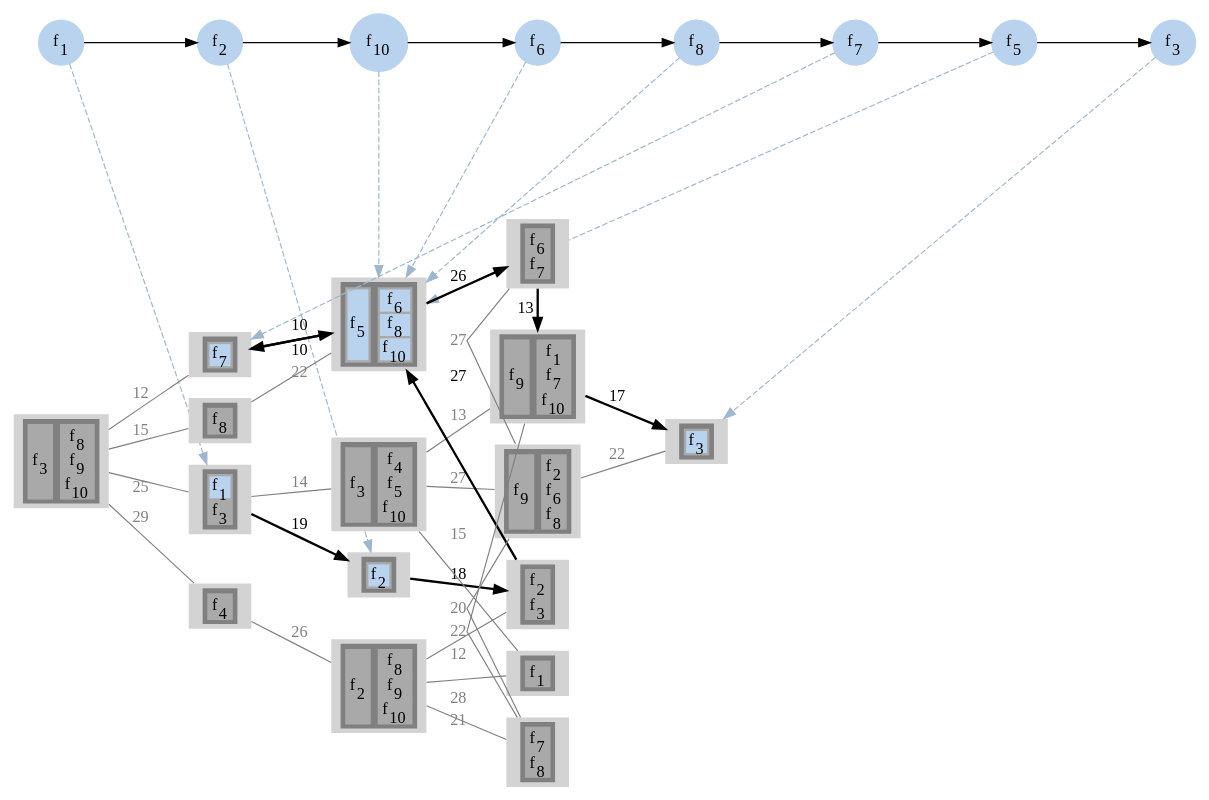
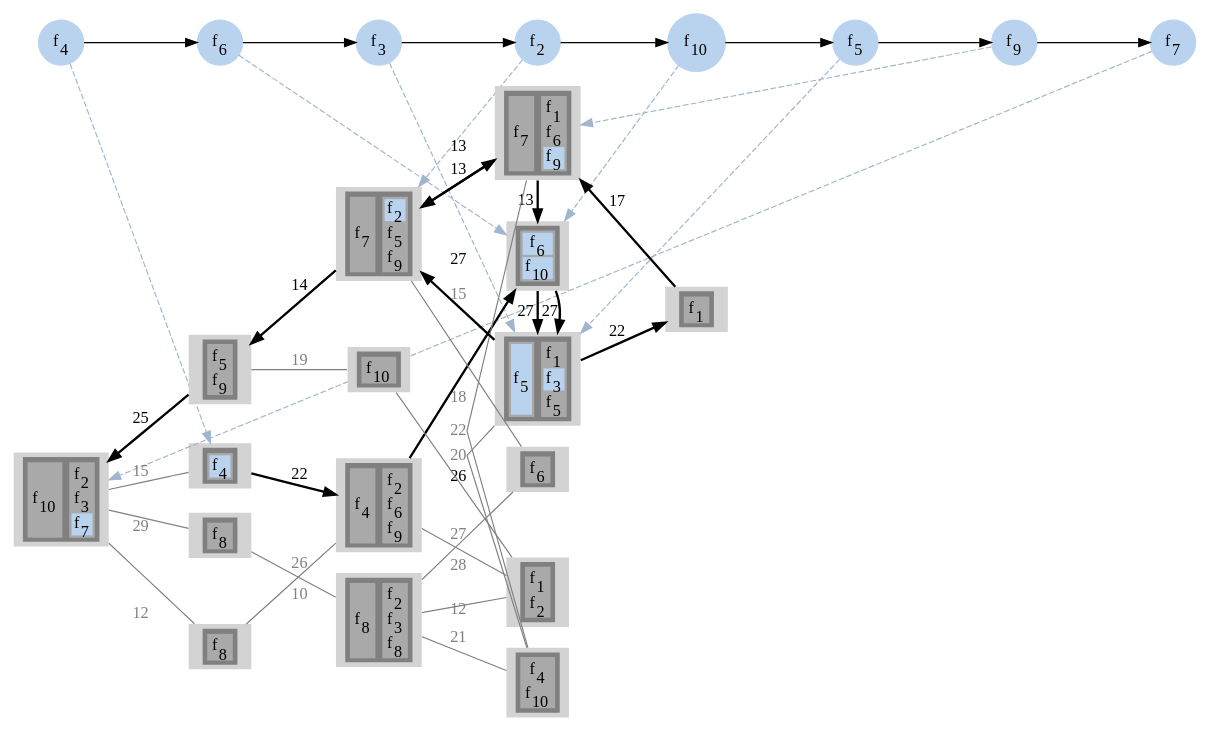
The diagram in output/sevenReliabilityOne/gv/sfcAssgn13.gv (prateekshyap/SFC_Placement_in_VNF), drawn with Graphviz before and after one commit. The commit also changed 27 other files, not shown here.

```diff
--- a/output/sevenReliabilityOne/gv/sfcAssgn13.gv
+++ b/output/sevenReliabilityOne/gv/sfcAssgn13.gv
@@ -5,29 +5,29 @@
 subgraph sfc
 {
 node [shape=circle]
-{rank = same; f1; };
+{rank = same; f4; };
+{rank = same; f6; };
+{rank = same; f3; };
 {rank = same; f2; };
 {rank = same; f10; };
-{rank = same; f6; };
-{rank = same; f8; };
+{rank = same; f5; };
+{rank = same; f9; };
 {rank = same; f7; };
-{rank = same; f5; };
-{rank = same; f3; };
-f1[style=filled label=<f<SUB>1</SUB>> color="slategray2"]
+f4[style=filled label=<f<SUB>4</SUB>> color="slategray2"]
+f6[style=filled label=<f<SUB>6</SUB>> color="slategray2"]
+f3[style=filled label=<f<SUB>3</SUB>> color="slategray2"]
 f2[style=filled label=<f<SUB>2</SUB>> color="slategray2"]
 f10[style=filled label=<f<SUB>10</SUB>> color="slategray2"]
-f6[style=filled label=<f<SUB>6</SUB>> color="slategray2"]
-f8[style=filled label=<f<SUB>8</SUB>> color="slategray2"]
+f5[style=filled label=<f<SUB>5</SUB>> color="slategray2"]
+f9[style=filled label=<f<SUB>9</SUB>> color="slategray2"]
 f7[style=filled label=<f<SUB>7</SUB>> color="slategray2"]
-f5[style=filled label=<f<SUB>5</SUB>> color="slategray2"]
-f3[style=filled label=<f<SUB>3</SUB>> color="slategray2"]
-f1 -> f2
+f4 -> f6
+f6 -> f3
+f3 -> f2
 f2 -> f10
-f10 -> f6
-f6 -> f8
-f8 -> f7
-f7 -> f5
-f5 -> f3
+f10 -> f5
+f5 -> f9
+f9 -> f7
 }
 subgraph network
 {
@@ -37,14 +37,292 @@
 {rank = same; 4; 6; 7; 9; };
 {rank = same; 5; 11; 10; 14; 12; 13; };
 {rank = same; 16; };
+15[style=filled
+label=<
+<TABLE BORDER="0" BGCOLOR="gray">
+<TR>
+<TD>
+<TABLE BORDER="0" BGCOLOR="darkgray">
+<TR><TD PORT="f14" BGCOLOR="slategray2">f<SUB>4</SUB></TD></TR>
+</TABLE>
+</TD>
+</TR>
+</TABLE>>]
+
+11[style=filled
+label=<
+<TABLE BORDER="0" BGCOLOR="gray">
+<TR>
+<TD>
+<TABLE BORDER="0" BGCOLOR="darkgray">
+<TR><TD PORT="f23" BGCOLOR="slategray2">f<SUB>6</SUB></TD></TR>
+<TR><TD PORT="f38" BGCOLOR="slategray2">f<SUB>10</SUB></TD></TR>
+</TABLE>
+</TD>
+</TR>
+</TABLE>>]
+
+11[style=filled
+label=<
+<TABLE BORDER="0" BGCOLOR="gray">
+<TR>
+<TD>
+<TABLE BORDER="0" BGCOLOR="darkgray">
+<TR><TD PORT="f23" BGCOLOR="slategray2">f<SUB>6</SUB></TD></TR>
+<TR><TD PORT="f38" BGCOLOR="slategray2">f<SUB>10</SUB></TD></TR>
+</TABLE>
+</TD>
+</TR>
+</TABLE>>]
+
+13[style=filled
+label=<
+<TABLE BORDER="0" BGCOLOR="gray">
+<TR>
+<TD>
+<TABLE BORDER="0" BGCOLOR="darkgray">
+<TR><TD PORT="f18" BGCOLOR="slategray2">f<SUB>5</SUB></TD></TR>
+</TABLE>
+</TD>
+<TD>
+<TABLE BORDER="0" BGCOLOR="darkgray">
+<TR><TD PORT="f3" BGCOLOR="darkgray">f<SUB>1</SUB></TD></TR>
+<TR><TD PORT="f12" BGCOLOR="slategray2">f<SUB>3</SUB></TD></TR>
+<TR><TD PORT="f19" BGCOLOR="darkgray">f<SUB>5</SUB></TD></TR>
+</TABLE>
+</TD>
+</TR>
+</TABLE>>]
+
+13[style=filled
+label=<
+<TABLE BORDER="0" BGCOLOR="gray">
+<TR>
+<TD>
+<TABLE BORDER="0" BGCOLOR="darkgray">
+<TR><TD PORT="f18" BGCOLOR="slategray2">f<SUB>5</SUB></TD></TR>
+</TABLE>
+</TD>
+<TD>
+<TABLE BORDER="0" BGCOLOR="darkgray">
+<TR><TD PORT="f3" BGCOLOR="darkgray">f<SUB>1</SUB></TD></TR>
+<TR><TD PORT="f12" BGCOLOR="slategray2">f<SUB>3</SUB></TD></TR>
+<TR><TD PORT="f19" BGCOLOR="darkgray">f<SUB>5</SUB></TD></TR>
+</TABLE>
+</TD>
+</TR>
+</TABLE>>]
+
+9[style=filled
+label=<
+<TABLE BORDER="0" BGCOLOR="gray">
+<TR>
+<TD>
+<TABLE BORDER="0" BGCOLOR="darkgray">
+<TR><TD PORT="f24" BGCOLOR="darkgray">f<SUB>7</SUB></TD></TR>
+</TABLE>
+</TD>
+<TD>
+<TABLE BORDER="0" BGCOLOR="darkgray">
+<TR><TD PORT="f6" BGCOLOR="slategray2">f<SUB>2</SUB></TD></TR>
+<TR><TD PORT="f16" BGCOLOR="darkgray">f<SUB>5</SUB></TD></TR>
+<TR><TD PORT="f32" BGCOLOR="darkgray">f<SUB>9</SUB></TD></TR>
+</TABLE>
+</TD>
+</TR>
+</TABLE>>]
+
+9[style=filled
+label=<
+<TABLE BORDER="0" BGCOLOR="gray">
+<TR>
+<TD>
+<TABLE BORDER="0" BGCOLOR="darkgray">
+<TR><TD PORT="f24" BGCOLOR="darkgray">f<SUB>7</SUB></TD></TR>
+</TABLE>
+</TD>
+<TD>
+<TABLE BORDER="0" BGCOLOR="darkgray">
+<TR><TD PORT="f6" BGCOLOR="slategray2">f<SUB>2</SUB></TD></TR>
+<TR><TD PORT="f16" BGCOLOR="darkgray">f<SUB>5</SUB></TD></TR>
+<TR><TD PORT="f32" BGCOLOR="darkgray">f<SUB>9</SUB></TD></TR>
+</TABLE>
+</TD>
+</TR>
+</TABLE>>]
+
+11[style=filled
+label=<
+<TABLE BORDER="0" BGCOLOR="gray">
+<TR>
+<TD>
+<TABLE BORDER="0" BGCOLOR="darkgray">
+<TR><TD PORT="f23" BGCOLOR="slategray2">f<SUB>6</SUB></TD></TR>
+<TR><TD PORT="f38" BGCOLOR="slategray2">f<SUB>10</SUB></TD></TR>
+</TABLE>
+</TD>
+</TR>
+</TABLE>>]
+
+13[style=filled
+label=<
+<TABLE BORDER="0" BGCOLOR="gray">
+<TR>
+<TD>
+<TABLE BORDER="0" BGCOLOR="darkgray">
+<TR><TD PORT="f18" BGCOLOR="slategray2">f<SUB>5</SUB></TD></TR>
+</TABLE>
+</TD>
+<TD>
+<TABLE BORDER="0" BGCOLOR="darkgray">
+<TR><TD PORT="f3" BGCOLOR="darkgray">f<SUB>1</SUB></TD></TR>
+<TR><TD PORT="f12" BGCOLOR="slategray2">f<SUB>3</SUB></TD></TR>
+<TR><TD PORT="f19" BGCOLOR="darkgray">f<SUB>5</SUB></TD></TR>
+</TABLE>
+</TD>
+</TR>
+</TABLE>>]
+
+12[style=filled
+label=<
+<TABLE BORDER="0" BGCOLOR="gray">
+<TR>
+<TD>
+<TABLE BORDER="0" BGCOLOR="darkgray">
+<TR><TD PORT="f25" BGCOLOR="darkgray">f<SUB>7</SUB></TD></TR>
+</TABLE>
+</TD>
+<TD>
+<TABLE BORDER="0" BGCOLOR="darkgray">
+<TR><TD PORT="f2" BGCOLOR="darkgray">f<SUB>1</SUB></TD></TR>
+<TR><TD PORT="f22" BGCOLOR="darkgray">f<SUB>6</SUB></TD></TR>
+<TR><TD PORT="f33" BGCOLOR="slategray2">f<SUB>9</SUB></TD></TR>
+</TABLE>
+</TD>
+</TR>
+</TABLE>>]
+
+12[style=filled
+label=<
+<TABLE BORDER="0" BGCOLOR="gray">
+<TR>
+<TD>
+<TABLE BORDER="0" BGCOLOR="darkgray">
+<TR><TD PORT="f25" BGCOLOR="darkgray">f<SUB>7</SUB></TD></TR>
+</TABLE>
+</TD>
+<TD>
+<TABLE BORDER="0" BGCOLOR="darkgray">
+<TR><TD PORT="f2" BGCOLOR="darkgray">f<SUB>1</SUB></TD></TR>
+<TR><TD PORT="f22" BGCOLOR="darkgray">f<SUB>6</SUB></TD></TR>
+<TR><TD PORT="f33" BGCOLOR="slategray2">f<SUB>9</SUB></TD></TR>
+</TABLE>
+</TD>
+</TR>
+</TABLE>>]
+
+1[style=filled
+label=<
+<TABLE BORDER="0" BGCOLOR="gray">
+<TR>
+<TD>
+<TABLE BORDER="0" BGCOLOR="darkgray">
+<TR><TD PORT="f35" BGCOLOR="darkgray">f<SUB>10</SUB></TD></TR>
+</TABLE>
+</TD>
+<TD>
+<TABLE BORDER="0" BGCOLOR="darkgray">
+<TR><TD PORT="f7" BGCOLOR="darkgray">f<SUB>2</SUB></TD></TR>
+<TR><TD PORT="f11" BGCOLOR="darkgray">f<SUB>3</SUB></TD></TR>
+<TR><TD PORT="f26" BGCOLOR="slategray2">f<SUB>7</SUB></TD></TR>
+</TABLE>
+</TD>
+</TR>
+</TABLE>>]
+
+2[style=filled
+label=<
+<TABLE BORDER="0" BGCOLOR="gray">
+<TR>
+<TD>
+<TABLE BORDER="0" BGCOLOR="darkgray">
+<TR><TD PORT="f28" BGCOLOR="darkgray">f<SUB>8</SUB></TD></TR>
+</TABLE>
+</TD>
+</TR>
+</TABLE>>]
+
+3[style=filled
+label=<
+<TABLE BORDER="0" BGCOLOR="gray">
+<TR>
+<TD>
+<TABLE BORDER="0" BGCOLOR="darkgray">
+<TR><TD PORT="f29" BGCOLOR="darkgray">f<SUB>8</SUB></TD></TR>
+</TABLE>
+</TD>
+</TR>
+</TABLE>>]
+
 8[style=filled
 label=<
 <TABLE BORDER="0" BGCOLOR="gray">
 <TR>
 <TD>
 <TABLE BORDER="0" BGCOLOR="darkgray">
-<TR><TD PORT="f3" BGCOLOR="slategray2">f<SUB>1</SUB></TD></TR>
-<TR><TD PORT="f11" BGCOLOR="darkgray">f<SUB>3</SUB></TD></TR>
+<TR><TD PORT="f17" BGCOLOR="darkgray">f<SUB>5</SUB></TD></TR>
+<TR><TD PORT="f34" BGCOLOR="darkgray">f<SUB>9</SUB></TD></TR>
+</TABLE>
+</TD>
+</TR>
+</TABLE>>]
+
+4[style=filled
+label=<
+<TABLE BORDER="0" BGCOLOR="gray">
+<TR>
+<TD>
+<TABLE BORDER="0" BGCOLOR="darkgray">
+<TR><TD PORT="f15" BGCOLOR="darkgray">f<SUB>4</SUB></TD></TR>
+</TABLE>
+</TD>
+<TD>
+<TABLE BORDER="0" BGCOLOR="darkgray">
+<TR><TD PORT="f8" BGCOLOR="darkgray">f<SUB>2</SUB></TD></TR>
+<TR><TD PORT="f21" BGCOLOR="darkgray">f<SUB>6</SUB></TD></TR>
+<TR><TD PORT="f31" BGCOLOR="darkgray">f<SUB>9</SUB></TD></TR>
+</TABLE>
+</TD>
+</TR>
+</TABLE>>]
+
+6[style=filled
+label=<
+<TABLE BORDER="0" BGCOLOR="gray">
+<TR>
+<TD>
+<TABLE BORDER="0" BGCOLOR="darkgray">
+<TR><TD PORT="f27" BGCOLOR="darkgray">f<SUB>8</SUB></TD></TR>
+</TABLE>
+</TD>
+<TD>
+<TABLE BORDER="0" BGCOLOR="darkgray">
+<TR><TD PORT="f9" BGCOLOR="darkgray">f<SUB>2</SUB></TD></TR>
+<TR><TD PORT="f10" BGCOLOR="darkgray">f<SUB>3</SUB></TD></TR>
+<TR><TD PORT="f30" BGCOLOR="darkgray">f<SUB>8</SUB></TD></TR>
+</TABLE>
+</TD>
+</TR>
+</TABLE>>]
+
+5[style=filled
+label=<
+<TABLE BORDER="0" BGCOLOR="gray">
+<TR>
+<TD>
+<TABLE BORDER="0" BGCOLOR="darkgray">
+<TR><TD PORT="f1" BGCOLOR="darkgray">f<SUB>1</SUB></TD></TR>
+<TR><TD PORT="f5" BGCOLOR="darkgray">f<SUB>2</SUB></TD></TR>
 </TABLE>
 </TD>
 </TR>
@@ -56,138 +334,32 @@
 <TR>
 <TD>
 <TABLE BORDER="0" BGCOLOR="darkgray">
-<TR><TD PORT="f7" BGCOLOR="slategray2">f<SUB>2</SUB></TD></TR>
+<TR><TD PORT="f37" BGCOLOR="darkgray">f<SUB>10</SUB></TD></TR>
 </TABLE>
 </TD>
 </TR>
 </TABLE>>]
 
-7[style=filled
+10[style=filled
 label=<
 <TABLE BORDER="0" BGCOLOR="gray">
 <TR>
 <TD>
 <TABLE BORDER="0" BGCOLOR="darkgray">
-<TR><TD PORT="f7" BGCOLOR="slategray2">f<SUB>2</SUB></TD></TR>
+<TR><TD PORT="f20" BGCOLOR="darkgray">f<SUB>6</SUB></TD></TR>
 </TABLE>
 </TD>
 </TR>
 </TABLE>>]
 
-4[style=filled
+14[style=filled
 label=<
 <TABLE BORDER="0" BGCOLOR="gray">
 <TR>
 <TD>
 <TABLE BORDER="0" BGCOLOR="darkgray">
-<TR><TD PORT="f16" BGCOLOR="slategray2">f<SUB>5</SUB></TD></TR>
-</TABLE>
-</TD>
-<TD>
-<TABLE BORDER="0" BGCOLOR="darkgray">
-<TR><TD PORT="f19" BGCOLOR="slategray2">f<SUB>6</SUB></TD></TR>
-<TR><TD PORT="f26" BGCOLOR="slategray2">f<SUB>8</SUB></TD></TR>
-<TR><TD PORT="f38" BGCOLOR="slategray2">f<SUB>10</SUB></TD></TR>
-</TABLE>
-</TD>
-</TR>
-</TABLE>>]
-
-4[style=filled
-label=<
-<TABLE BORDER="0" BGCOLOR="gray">
-<TR>
-<TD>
-<TABLE BORDER="0" BGCOLOR="darkgray">
-<TR><TD PORT="f16" BGCOLOR="slategray2">f<SUB>5</SUB></TD></TR>
-</TABLE>
-</TD>
-<TD>
-<TABLE BORDER="0" BGCOLOR="darkgray">
-<TR><TD PORT="f19" BGCOLOR="slategray2">f<SUB>6</SUB></TD></TR>
-<TR><TD PORT="f26" BGCOLOR="slategray2">f<SUB>8</SUB></TD></TR>
-<TR><TD PORT="f38" BGCOLOR="slategray2">f<SUB>10</SUB></TD></TR>
-</TABLE>
-</TD>
-</TR>
-</TABLE>>]
-
-4[style=filled
-label=<
-<TABLE BORDER="0" BGCOLOR="gray">
-<TR>
-<TD>
-<TABLE BORDER="0" BGCOLOR="darkgray">
-<TR><TD PORT="f16" BGCOLOR="slategray2">f<SUB>5</SUB></TD></TR>
-</TABLE>
-</TD>
-<TD>
-<TABLE BORDER="0" BGCOLOR="darkgray">
-<TR><TD PORT="f19" BGCOLOR="slategray2">f<SUB>6</SUB></TD></TR>
-<TR><TD PORT="f26" BGCOLOR="slategray2">f<SUB>8</SUB></TD></TR>
-<TR><TD PORT="f38" BGCOLOR="slategray2">f<SUB>10</SUB></TD></TR>
-</TABLE>
-</TD>
-</TR>
-</TABLE>>]
-
-4[style=filled
-label=<
-<TABLE BORDER="0" BGCOLOR="gray">
-<TR>
-<TD>
-<TABLE BORDER="0" BGCOLOR="darkgray">
-<TR><TD PORT="f16" BGCOLOR="slategray2">f<SUB>5</SUB></TD></TR>
-</TABLE>
-</TD>
-<TD>
-<TABLE BORDER="0" BGCOLOR="darkgray">
-<TR><TD PORT="f19" BGCOLOR="slategray2">f<SUB>6</SUB></TD></TR>
-<TR><TD PORT="f26" BGCOLOR="slategray2">f<SUB>8</SUB></TD></TR>
-<TR><TD PORT="f38" BGCOLOR="slategray2">f<SUB>10</SUB></TD></TR>
-</TABLE>
-</TD>
-</TR>
-</TABLE>>]
-
-2[style=filled
-label=<
-<TABLE BORDER="0" BGCOLOR="gray">
-<TR>
-<TD>
-<TABLE BORDER="0" BGCOLOR="darkgray">
-<TR><TD PORT="f21" BGCOLOR="slategray2">f<SUB>7</SUB></TD></TR>
-</TABLE>
-</TD>
-</TR>
-</TABLE>>]
-
-2[style=filled
-label=<
-<TABLE BORDER="0" BGCOLOR="gray">
-<TR>
-<TD>
-<TABLE BORDER="0" BGCOLOR="darkgray">
-<TR><TD PORT="f21" BGCOLOR="slategray2">f<SUB>7</SUB></TD></TR>
-</TABLE>
-</TD>
-</TR>
-</TABLE>>]
-
-4[style=filled
-label=<
-<TABLE BORDER="0" BGCOLOR="gray">
-<TR>
-<TD>
-<TABLE BORDER="0" BGCOLOR="darkgray">
-<TR><TD PORT="f16" BGCOLOR="slategray2">f<SUB>5</SUB></TD></TR>
-</TABLE>
-</TD>
-<TD>
-<TABLE BORDER="0" BGCOLOR="darkgray">
-<TR><TD PORT="f19" BGCOLOR="slategray2">f<SUB>6</SUB></TD></TR>
-<TR><TD PORT="f26" BGCOLOR="slategray2">f<SUB>8</SUB></TD></TR>
-<TR><TD PORT="f38" BGCOLOR="slategray2">f<SUB>10</SUB></TD></TR>
+<TR><TD PORT="f13" BGCOLOR="darkgray">f<SUB>4</SUB></TD></TR>
+<TR><TD PORT="f36" BGCOLOR="darkgray">f<SUB>10</SUB></TD></TR>
 </TABLE>
 </TD>
 </TR>
@@ -199,215 +371,46 @@
 <TR>
 <TD>
 <TABLE BORDER="0" BGCOLOR="darkgray">
-<TR><TD PORT="f12" BGCOLOR="slategray2">f<SUB>3</SUB></TD></TR>
+<TR><TD PORT="f4" BGCOLOR="darkgray">f<SUB>1</SUB></TD></TR>
 </TABLE>
 </TD>
 </TR>
 </TABLE>>]
 
-1[style=filled
-label=<
-<TABLE BORDER="0" BGCOLOR="gray">
-<TR>
-<TD>
-<TABLE BORDER="0" BGCOLOR="darkgray">
-<TR><TD PORT="f10" BGCOLOR="darkgray">f<SUB>3</SUB></TD></TR>
-</TABLE>
-</TD>
-<TD>
-<TABLE BORDER="0" BGCOLOR="darkgray">
-<TR><TD PORT="f28" BGCOLOR="darkgray">f<SUB>8</SUB></TD></TR>
-<TR><TD PORT="f32" BGCOLOR="darkgray">f<SUB>9</SUB></TD></TR>
-<TR><TD PORT="f36" BGCOLOR="darkgray">f<SUB>10</SUB></TD></TR>
-</TABLE>
-</TD>
-</TR>
-</TABLE>>]
-
-3[style=filled
-label=<
-<TABLE BORDER="0" BGCOLOR="gray">
-<TR>
-<TD>
-<TABLE BORDER="0" BGCOLOR="darkgray">
-<TR><TD PORT="f14" BGCOLOR="darkgray">f<SUB>4</SUB></TD></TR>
-</TABLE>
-</TD>
-</TR>
-</TABLE>>]
-
-15[style=filled
-label=<
-<TABLE BORDER="0" BGCOLOR="gray">
-<TR>
-<TD>
-<TABLE BORDER="0" BGCOLOR="darkgray">
-<TR><TD PORT="f29" BGCOLOR="darkgray">f<SUB>8</SUB></TD></TR>
-</TABLE>
-</TD>
-</TR>
-</TABLE>>]
-
-6[style=filled
-label=<
-<TABLE BORDER="0" BGCOLOR="gray">
-<TR>
-<TD>
-<TABLE BORDER="0" BGCOLOR="darkgray">
-<TR><TD PORT="f6" BGCOLOR="darkgray">f<SUB>2</SUB></TD></TR>
-</TABLE>
-</TD>
-<TD>
-<TABLE BORDER="0" BGCOLOR="darkgray">
-<TR><TD PORT="f24" BGCOLOR="darkgray">f<SUB>8</SUB></TD></TR>
-<TR><TD PORT="f30" BGCOLOR="darkgray">f<SUB>9</SUB></TD></TR>
-<TR><TD PORT="f34" BGCOLOR="darkgray">f<SUB>10</SUB></TD></TR>
-</TABLE>
-</TD>
-</TR>
-</TABLE>>]
-
-5[style=filled
-label=<
-<TABLE BORDER="0" BGCOLOR="gray">
-<TR>
-<TD>
-<TABLE BORDER="0" BGCOLOR="darkgray">
-<TR><TD PORT="f4" BGCOLOR="darkgray">f<SUB>2</SUB></TD></TR>
-<TR><TD PORT="f8" BGCOLOR="darkgray">f<SUB>3</SUB></TD></TR>
-</TABLE>
-</TD>
-</TR>
-</TABLE>>]
-
-11[style=filled
-label=<
-<TABLE BORDER="0" BGCOLOR="gray">
-<TR>
-<TD>
-<TABLE BORDER="0" BGCOLOR="darkgray">
-<TR><TD PORT="f18" BGCOLOR="darkgray">f<SUB>6</SUB></TD></TR>
-<TR><TD PORT="f22" BGCOLOR="darkgray">f<SUB>7</SUB></TD></TR>
-</TABLE>
-</TD>
-</TR>
-</TABLE>>]
-
-10[style=filled
-label=<
-<TABLE BORDER="0" BGCOLOR="gray">
-<TR>
-<TD>
-<TABLE BORDER="0" BGCOLOR="darkgray">
-<TR><TD PORT="f2" BGCOLOR="darkgray">f<SUB>1</SUB></TD></TR>
-</TABLE>
-</TD>
-</TR>
-</TABLE>>]
-
-14[style=filled
-label=<
-<TABLE BORDER="0" BGCOLOR="gray">
-<TR>
-<TD>
-<TABLE BORDER="0" BGCOLOR="darkgray">
-<TR><TD PORT="f20" BGCOLOR="darkgray">f<SUB>7</SUB></TD></TR>
-<TR><TD PORT="f27" BGCOLOR="darkgray">f<SUB>8</SUB></TD></TR>
-</TABLE>
-</TD>
-</TR>
-</TABLE>>]
-
-9[style=filled
-label=<
-<TABLE BORDER="0" BGCOLOR="gray">
-<TR>
-<TD>
-<TABLE BORDER="0" BGCOLOR="darkgray">
-<TR><TD PORT="f9" BGCOLOR="darkgray">f<SUB>3</SUB></TD></TR>
-</TABLE>
-</TD>
-<TD>
-<TABLE BORDER="0" BGCOLOR="darkgray">
-<TR><TD PORT="f13" BGCOLOR="darkgray">f<SUB>4</SUB></TD></TR>
-<TR><TD PORT="f15" BGCOLOR="darkgray">f<SUB>5</SUB></TD></TR>
-<TR><TD PORT="f35" BGCOLOR="darkgray">f<SUB>10</SUB></TD></TR>
-</TABLE>
-</TD>
-</TR>
-</TABLE>>]
-
-12[style=filled
-label=<
-<TABLE BORDER="0" BGCOLOR="gray">
-<TR>
-<TD>
-<TABLE BORDER="0" BGCOLOR="darkgray">
-<TR><TD PORT="f33" BGCOLOR="darkgray">f<SUB>9</SUB></TD></TR>
-</TABLE>
-</TD>
-<TD>
-<TABLE BORDER="0" BGCOLOR="darkgray">
-<TR><TD PORT="f1" BGCOLOR="darkgray">f<SUB>1</SUB></TD></TR>
-<TR><TD PORT="f23" BGCOLOR="darkgray">f<SUB>7</SUB></TD></TR>
-<TR><TD PORT="f37" BGCOLOR="darkgray">f<SUB>10</SUB></TD></TR>
-</TABLE>
-</TD>
-</TR>
-</TABLE>>]
-
-13[style=filled
-label=<
-<TABLE BORDER="0" BGCOLOR="gray">
-<TR>
-<TD>
-<TABLE BORDER="0" BGCOLOR="darkgray">
-<TR><TD PORT="f31" BGCOLOR="darkgray">f<SUB>9</SUB></TD></TR>
-</TABLE>
-</TD>
-<TD>
-<TABLE BORDER="0" BGCOLOR="darkgray">
-<TR><TD PORT="f5" BGCOLOR="darkgray">f<SUB>2</SUB></TD></TR>
-<TR><TD PORT="f17" BGCOLOR="darkgray">f<SUB>6</SUB></TD></TR>
-<TR><TD PORT="f25" BGCOLOR="darkgray">f<SUB>8</SUB></TD></TR>
-</TABLE>
-</TD>
-</TR>
-</TABLE>>]
-
-8 -> 7[label="19" color="black" penwidth=2]
-7 -> 5[label="18" color="black" penwidth=2]
-5 -> 4[label="27" color="black" penwidth=2]
-4 -> 2[label="10" color="black" penwidth=2]
-2 -> 4[label="10" color="black" penwidth=2]
+15 -> 4[label="22" color="black" penwidth=2]
 4 -> 11[label="26" color="black" penwidth=2]
-11 -> 12[label="13" color="black" penwidth=2]
-12 -> 16[label="17" color="black" penwidth=2]
+11 -> 13[label="27" color="black" penwidth=2]
+13 -> 9[label="27" color="black" penwidth=2]
+9 -> 12[label="13" color="black" penwidth=2]
+12 -> 11[label="13" color="black" penwidth=2]
+11 -> 13[label="27" color="black" penwidth=2]
+13 -> 16[label="22" color="black" penwidth=2]
+16 -> 12[label="17" color="black" penwidth=2]
+12 -> 9[label="13" color="black" penwidth=2]
+9 -> 8[label="14" color="black" penwidth=2]
+8 -> 1[label="25" color="black" penwidth=2]
 1 -> 2[label="12" color="gray" fontcolor="gray" dir = none]
 1 -> 3[label="29" color="gray" fontcolor="gray" dir = none]
-1 -> 8[label="25" color="gray" fontcolor="gray" dir = none]
 1 -> 15[label="15" color="gray" fontcolor="gray" dir = none]
+2 -> 4[label="10" color="gray" fontcolor="gray" dir = none]
 3 -> 6[label="26" color="gray" fontcolor="gray" dir = none]
-4 -> 15[label="22" color="gray" fontcolor="gray" dir = none]
+4 -> 5[label="27" color="gray" fontcolor="gray" dir = none]
 5 -> 6[label="12" color="gray" fontcolor="gray" dir = none]
+5 -> 7[label="18" color="gray" fontcolor="gray" dir = none]
 6 -> 10[label="28" color="gray" fontcolor="gray" dir = none]
 6 -> 14[label="21" color="gray" fontcolor="gray" dir = none]
-8 -> 9[label="14" color="gray" fontcolor="gray" dir = none]
+7 -> 8[label="19" color="gray" fontcolor="gray" dir = none]
 9 -> 10[label="15" color="gray" fontcolor="gray" dir = none]
-9 -> 12[label="13" color="gray" fontcolor="gray" dir = none]
-9 -> 13[label="27" color="gray" fontcolor="gray" dir = none]
-11 -> 13[label="27" color="gray" fontcolor="gray" dir = none]
 12 -> 14[label="22" color="gray" fontcolor="gray" dir = none]
 13 -> 14[label="20" color="gray" fontcolor="gray" dir = none]
-13 -> 16[label="22" color="gray" fontcolor="gray" dir = none]
 }
 splines=false
-f1 -> 8[color="slategray3" style=dashed constraint=false]
-f2 -> 7[color="slategray3" style=dashed constraint=false]
-f10 -> 4[color="slategray3" style=dashed constraint=false]
-f6 -> 4[color="slategray3" style=dashed constraint=false]
-f8 -> 4[color="slategray3" style=dashed constraint=false]
-f7 -> 2[color="slategray3" style=dashed constraint=false]
-f5 -> 4[color="slategray3" style=dashed constraint=false]
-f3 -> 16[color="slategray3" style=dashed constraint=false]
+f4 -> 15[color="slategray3" style=dashed constraint=false]
+f6 -> 11[color="slategray3" style=dashed constraint=false]
+f3 -> 13[color="slategray3" style=dashed constraint=false]
+f2 -> 9[color="slategray3" style=dashed constraint=false]
+f10 -> 11[color="slategray3" style=dashed constraint=false]
+f5 -> 13[color="slategray3" style=dashed constraint=false]
+f9 -> 12[color="slategray3" style=dashed constraint=false]
+f7 -> 1[color="slategray3" style=dashed constraint=false]
 }
```
